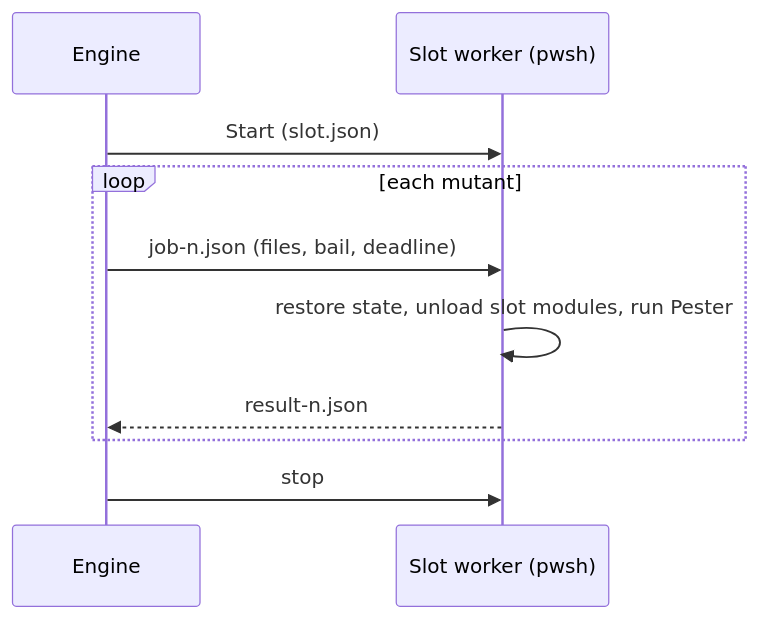
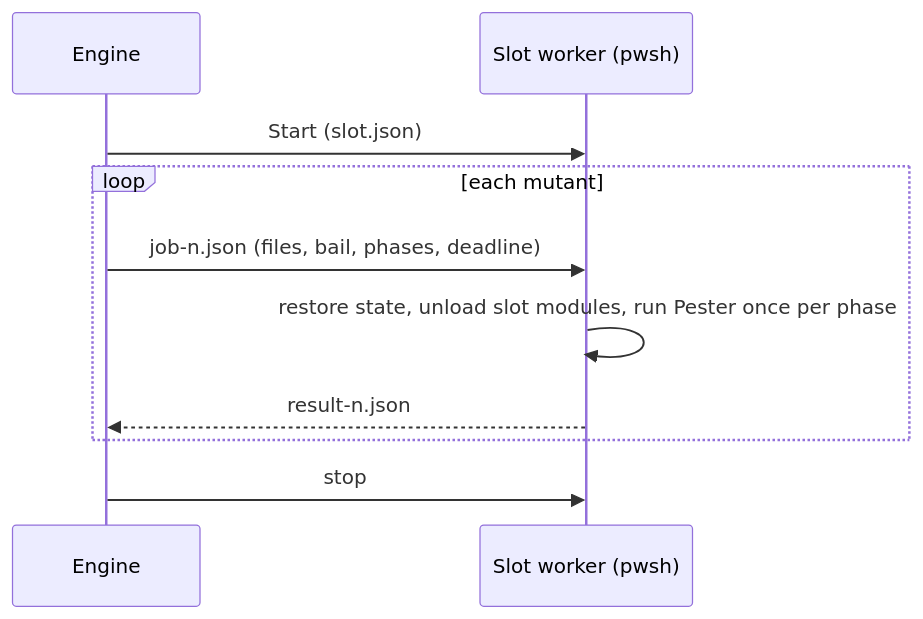
Before and after one commit to FrenchExDev2/QuietCli.PoSh: the diagram in docs/scripts/lib/ScriptMutationSlot.md, drawn with Mermaid. The commit also changed other lines of this file and 13 other files, not shown here.

````diff
--- a/docs/scripts/lib/ScriptMutationSlot.md
+++ b/docs/scripts/lib/ScriptMutationSlot.md
@@ -25,12 +25,12 @@
 ```mermaid
 sequenceDiagram
     participant E as Engine
     participant S as Slot worker (pwsh)
     E->>S: Start (slot.json)
     loop each mutant
-        E->>S: job-n.json (files, bail, deadline)
-        S->>S: restore state, unload slot modules, run Pester
+        E->>S: job-n.json (files, bail, phases, deadline)
+        S->>S: restore state, unload slot modules, run Pester once per phase
         S-->>E: result-n.json
     end
     E->>S: stop
 ```
````
